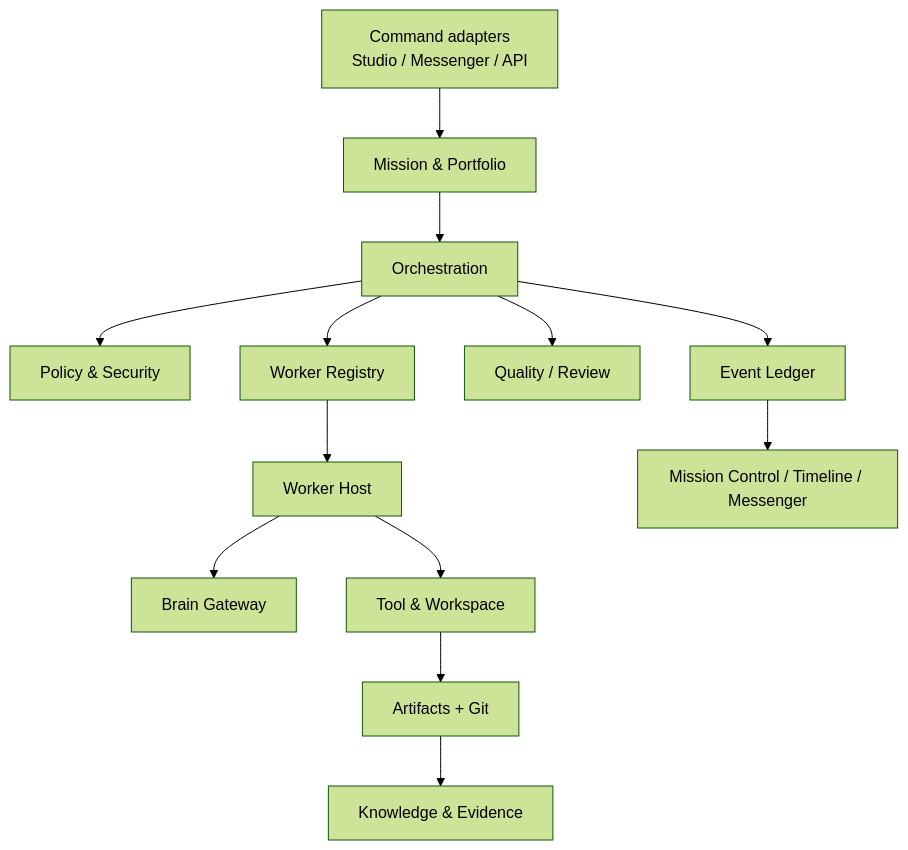
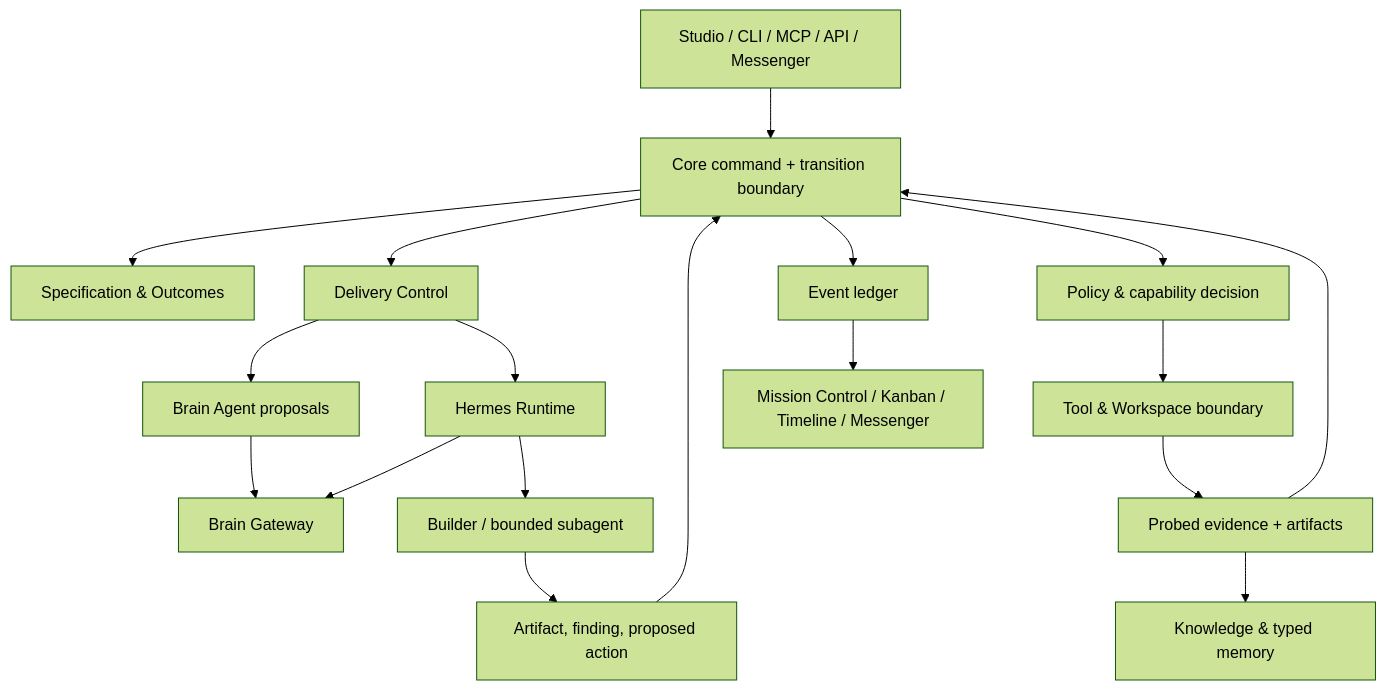
Before and after one commit to wepld/wepld: the diagram in docs/04_Component_Architecture.md, drawn with Mermaid (forest theme). The commit also changed other lines of this file and 46 other files, not shown here.

Commit message:
docs: define governed delivery and Hermes intelligence roadmap

```diff
--- a/docs/04_Component_Architecture.md
+++ b/docs/04_Component_Architecture.md
@@ -33,15 +41,20 @@
 ~~~mermaid
 flowchart TB
-  Command["Command adapters\nStudio / Messenger / API"] --> Mission
-  Mission["Mission & Portfolio"] --> Orchestrator["Orchestration"]
-  Orchestrator --> Policy["Policy & Security"]
-  Orchestrator --> Registry["Worker Registry"]
-  Registry --> Worker["Worker Host"]
-  Worker --> Brain["Brain Gateway"]
-  Worker --> Tool["Tool & Workspace"]
-  Tool --> Evidence["Artifacts + Git"]
-  Orchestrator --> Quality["Quality / Review"]
-  Evidence --> Knowledge["Knowledge & Evidence"]
-  Orchestrator --> Ledger["Event Ledger"]
-  Ledger --> Projections["Mission Control / Timeline / Messenger"]
+  Commands["Studio / CLI / MCP / API / Messenger"] --> Core["Core command + transition boundary"]
+  Core --> Spec["Specification & Outcomes"]
+  Core --> Delivery["Delivery Control"]
+  Delivery --> BrainAgent["Brain Agent proposals"]
+  BrainAgent --> Gateway["Brain Gateway"]
+  Delivery --> Hermes["Hermes Runtime"]
+  Hermes --> Gateway
+  Hermes --> Worker["Builder / bounded subagent"]
+  Worker --> Proposal["Artifact, finding, proposed action"]
+  Proposal --> Core
+  Core --> Policy["Policy & capability decision"]
+  Policy --> Tool["Tool & Workspace boundary"]
+  Tool --> Evidence["Probed evidence + artifacts"]
+  Evidence --> Core
+  Evidence --> Knowledge["Knowledge & typed memory"]
+  Core --> Ledger["Event ledger"]
+  Ledger --> Projections["Mission Control / Kanban / Timeline / Messenger"]
 ~~~
```
